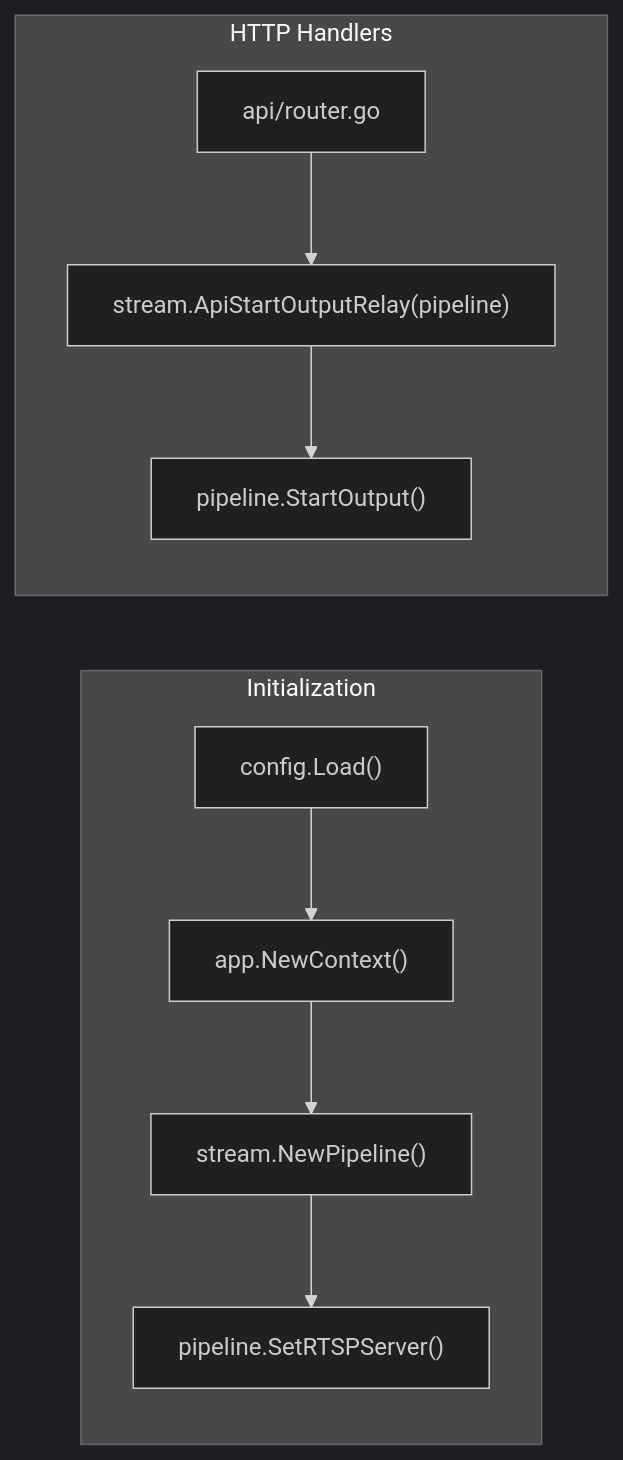
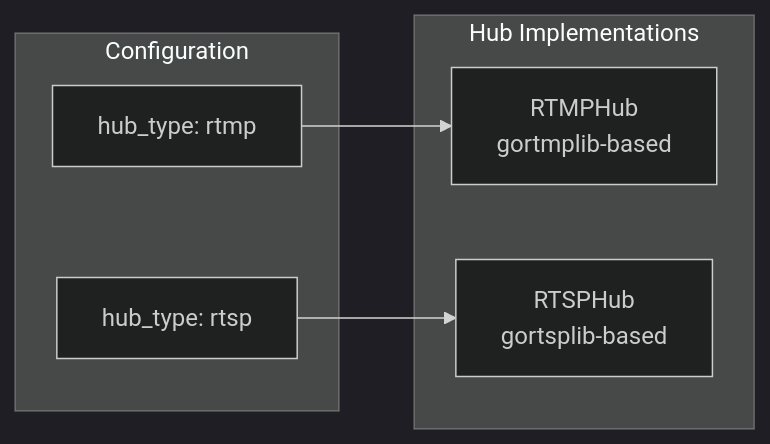
Before and after one commit to krsna1729/go-mls: the second of 5 diagrams in docs/architecture.md, drawn with Mermaid (dark theme). The commit also changed other lines of this file and 1 other file, not shown here.

First line of the commit message:
docs: Update architecture and configuration docs

````diff
--- a/docs/architecture.md
+++ b/docs/architecture.md
@@ -64,15 +65,15 @@
 ```mermaid
 flowchart LR
-    subgraph init["Initialization"]
-        direction TB
-        A["config.Load()"] --> B["app.NewContext()"]
-        B --> C["stream.NewPipeline()"]
-        C --> D["pipeline.SetRTSPServer()"]
+    subgraph config["Configuration"]
+        A["hub_type: rtmp"] 
+        B["hub_type: rtsp"]
     end
     
-    subgraph handlers["HTTP Handlers"]
-        direction TB
-        E["api/router.go"] --> F["stream.ApiStartOutputRelay(pipeline)"]
-        F --> G["pipeline.StartOutput()"]
+    subgraph hubs["Hub Implementations"]
+        C["RTMPHub<br/>gortmplib-based"]
+        D["RTSPHub<br/>gortsplib-based"]
     end
+    
+    A --> C
+    B --> D
 ```
````
